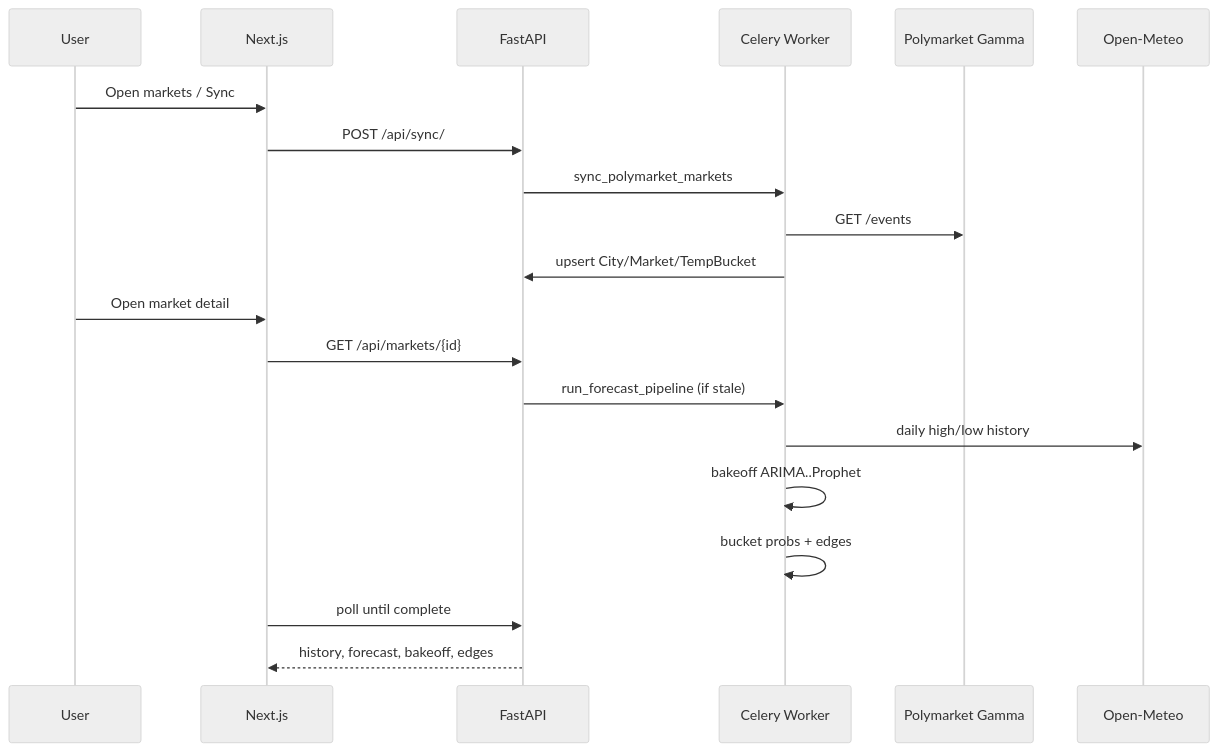
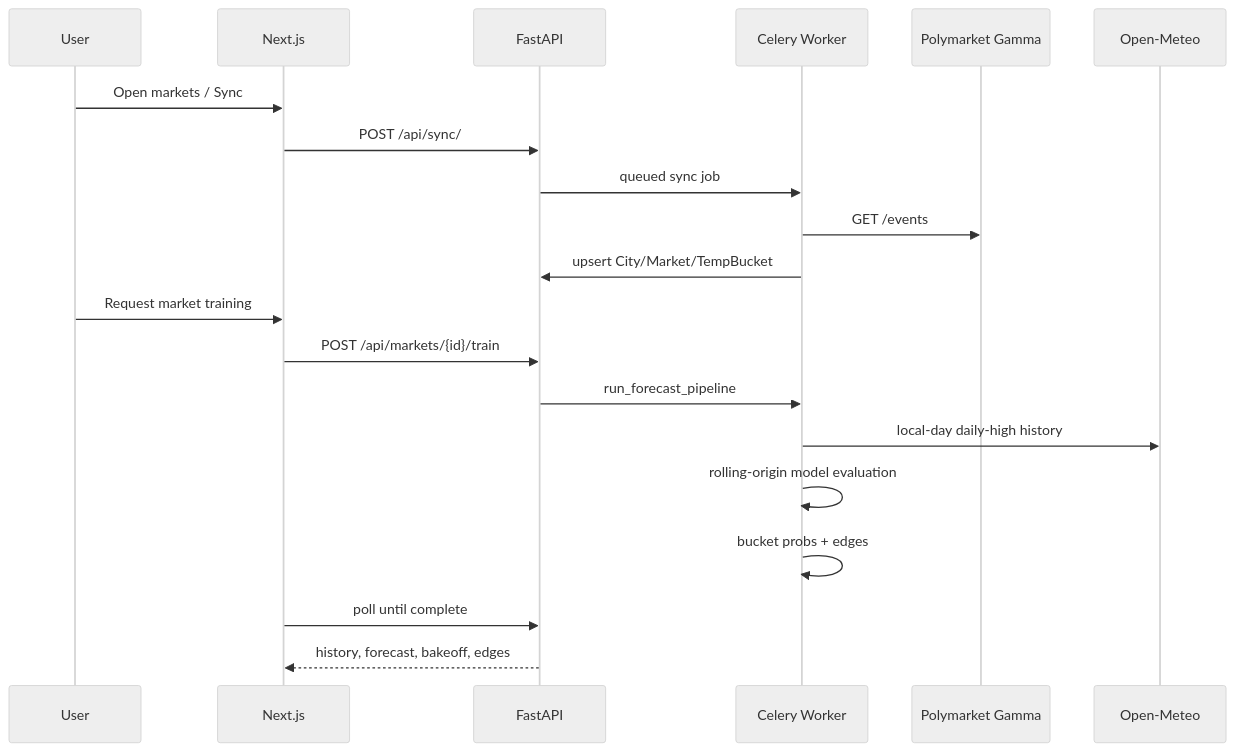
Before and after one commit to justTej100/temper: the second of 2 diagrams in README.md, drawn with Mermaid (neutral theme). The commit also changed other lines of this file and 35 other files, not shown here.

````diff
--- a/README.md
+++ b/README.md
@@ -72,24 +68,24 @@
 ```mermaid
 sequenceDiagram
   participant User
   participant Next as Next.js
   participant API as FastAPI
   participant Celery as Celery Worker
   participant Gamma as Polymarket Gamma
   participant OM as Open-Meteo
 
   User->>Next: Open markets / Sync
   Next->>API: POST /api/sync/
-  API->>Celery: sync_polymarket_markets
+  API->>Celery: queued sync job
   Celery->>Gamma: GET /events
   Celery->>API: upsert City/Market/TempBucket
 
-  User->>Next: Open market detail
-  Next->>API: GET /api/markets/{id}
-  API->>Celery: run_forecast_pipeline (if stale)
-  Celery->>OM: daily high/low history
-  Celery->>Celery: bakeoff ARIMA..Prophet
+  User->>Next: Request market training
+  Next->>API: POST /api/markets/{id}/train
+  API->>Celery: run_forecast_pipeline
+  Celery->>OM: local-day daily-high history
+  Celery->>Celery: rolling-origin model evaluation
   Celery->>Celery: bucket probs + edges
   Next->>API: poll until complete
   API-->>Next: history, forecast, bakeoff, edges
 ```
````
